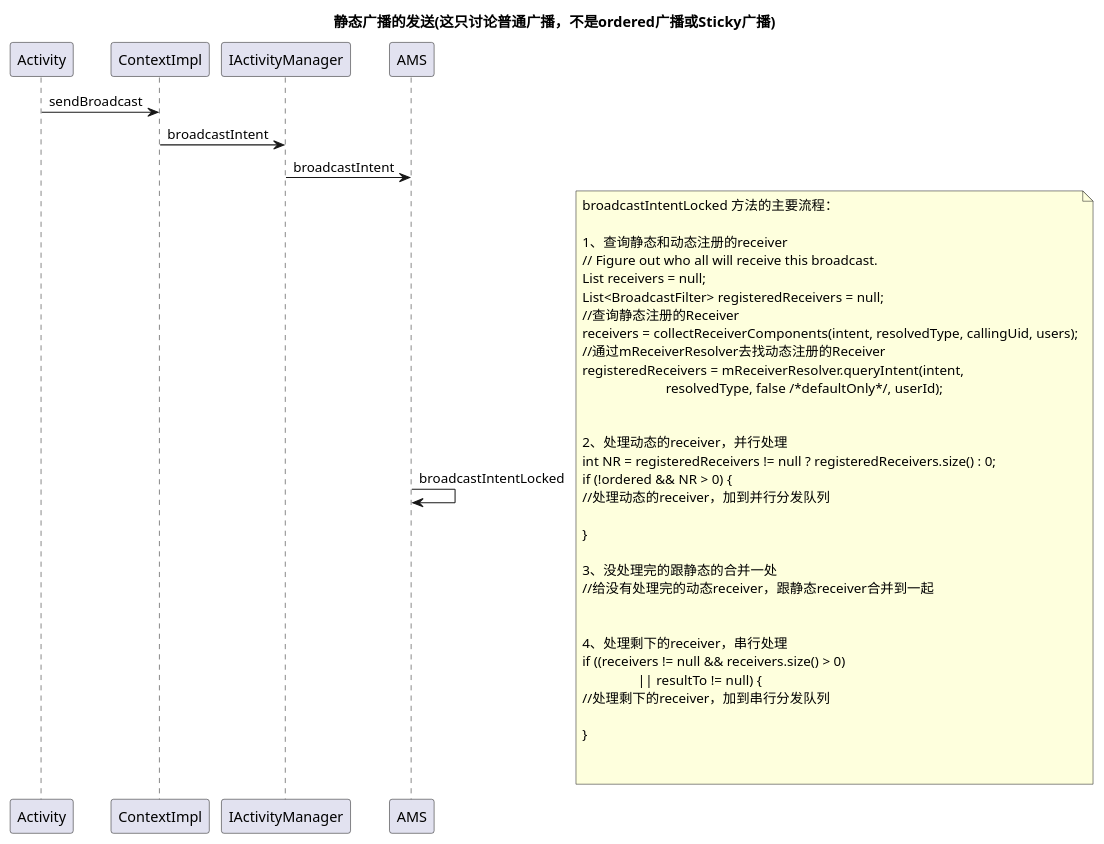
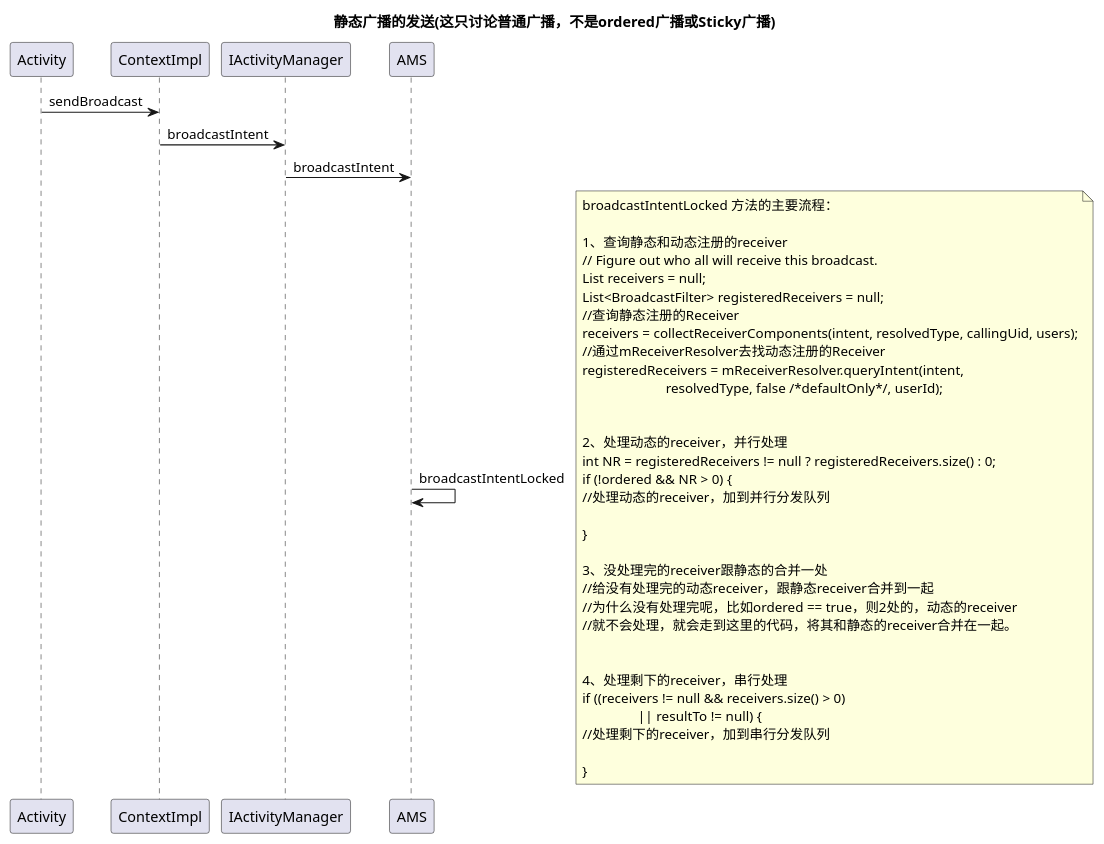
One commit to KentTJ/ImoocRxJavaStudy changed the diagram in Android_framework_sequences/广播_静态广播_02_发送.puml. Above: the diagram before and after it, drawn with PlantUML.

Commit message:
静态广播。

```diff
--- a/Android_framework_sequences/广播_静态广播_02_发送.puml
+++ b/Android_framework_sequences/广播_静态广播_02_发送.puml
@@ -1,46 +1,48 @@
 @startuml
 title 静态广播的发送(这只讨论普通广播，不是ordered广播或Sticky广播)
 
 Activity -> ContextImpl : sendBroadcast
 
 ContextImpl -> IActivityManager : broadcastIntent
 
 IActivityManager -> AMS : broadcastIntent
 
 AMS -> AMS : broadcastIntentLocked
 note right
 broadcastIntentLocked 方法的主要流程：
 
 1、查询静态和动态注册的receiver
 // Figure out who all will receive this broadcast.
 List receivers = null;
 List<BroadcastFilter> registeredReceivers = null;
 //查询静态注册的Receiver
 receivers = collectReceiverComponents(intent, resolvedType, callingUid, users);
 //通过mReceiverResolver去找动态注册的Receiver
 registeredReceivers = mReceiverResolver.queryIntent(intent,
                         resolvedType, false /*defaultOnly*/, userId);
 
 
 2、处理动态的receiver，并行处理
 int NR = registeredReceivers != null ? registeredReceivers.size() : 0;
 if (!ordered && NR > 0) {
 //处理动态的receiver，加到并行分发队列
 
 }
 
-3、没处理完的跟静态的合并一处
+3、没处理完的receiver跟静态的合并一处
 //给没有处理完的动态receiver，跟静态receiver合并到一起
+//为什么没有处理完呢，比如ordered == true，则2处的，动态的receiver
+//就不会处理，就会走到这里的代码，将其和静态的receiver合并在一起。
 
 
 4、处理剩下的receiver，串行处理
 if ((receivers != null && receivers.size() > 0)
                 || resultTo != null) {
 //处理剩下的receiver，加到串行分发队列
 
 }
+end note
 
 
-end note
 
 @enduml
```
